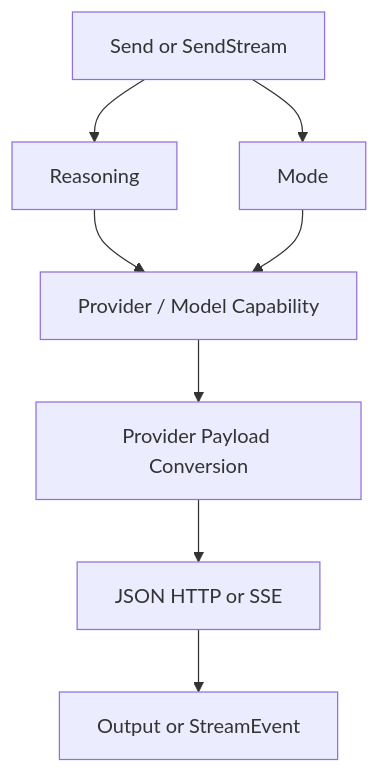
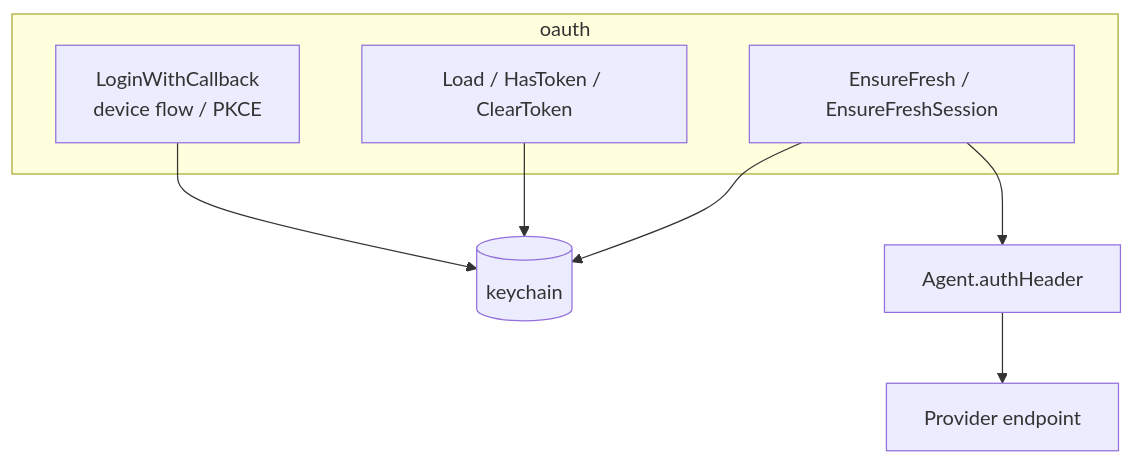
Before and after one commit to pardnchiu/go-llm-router: the sixth of 11 diagrams in doc/architecture.md, drawn with Mermaid. The commit also changed other lines of this file and 5 other files, not shown here.

Commit message:
doc: Rewrite documentation for the current router architecture

````diff
--- a/doc/architecture.md
+++ b/doc/architecture.md
@@ -127,16 +146,13 @@
 ```mermaid
-flowchart TB
-    Call[Send or SendStream]
-    Reasoning[Reasoning]
-    Mode[Mode]
-    Capability[Provider / Model Capability]
-    Shape[Provider Payload Conversion]
-    Transport[JSON HTTP or SSE]
-    Normalize[Output or StreamEvent]
-
-    Call --> Reasoning
-    Call --> Mode
-    Reasoning --> Capability --> Shape
-    Mode --> Capability
-    Shape --> Transport --> Normalize
+graph TB
+    subgraph oauth
+        Login[LoginWithCallback<br/>device flow / PKCE]
+        Store[Load / HasToken / ClearToken]
+        Fresh[EnsureFresh / EnsureFreshSession]
+    end
+    Login --> Keychain[(keychain)]
+    Store --> Keychain
+    Fresh --> Keychain
+    Fresh --> Agent[Agent.authHeader]
+    Agent --> Upstream[Provider endpoint]
 ```
````
